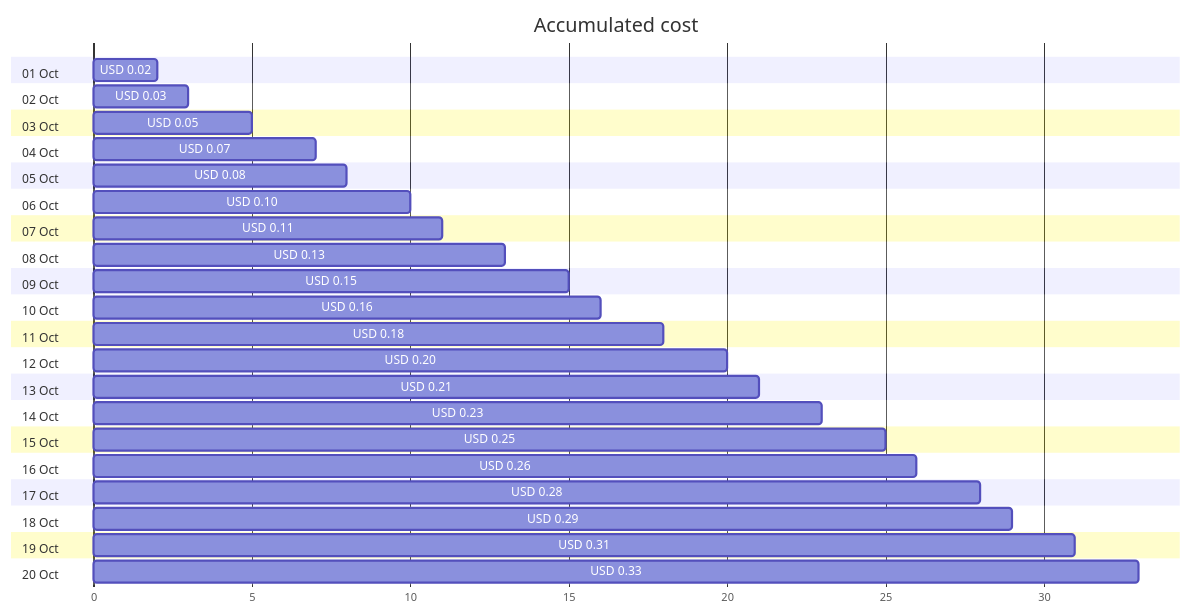
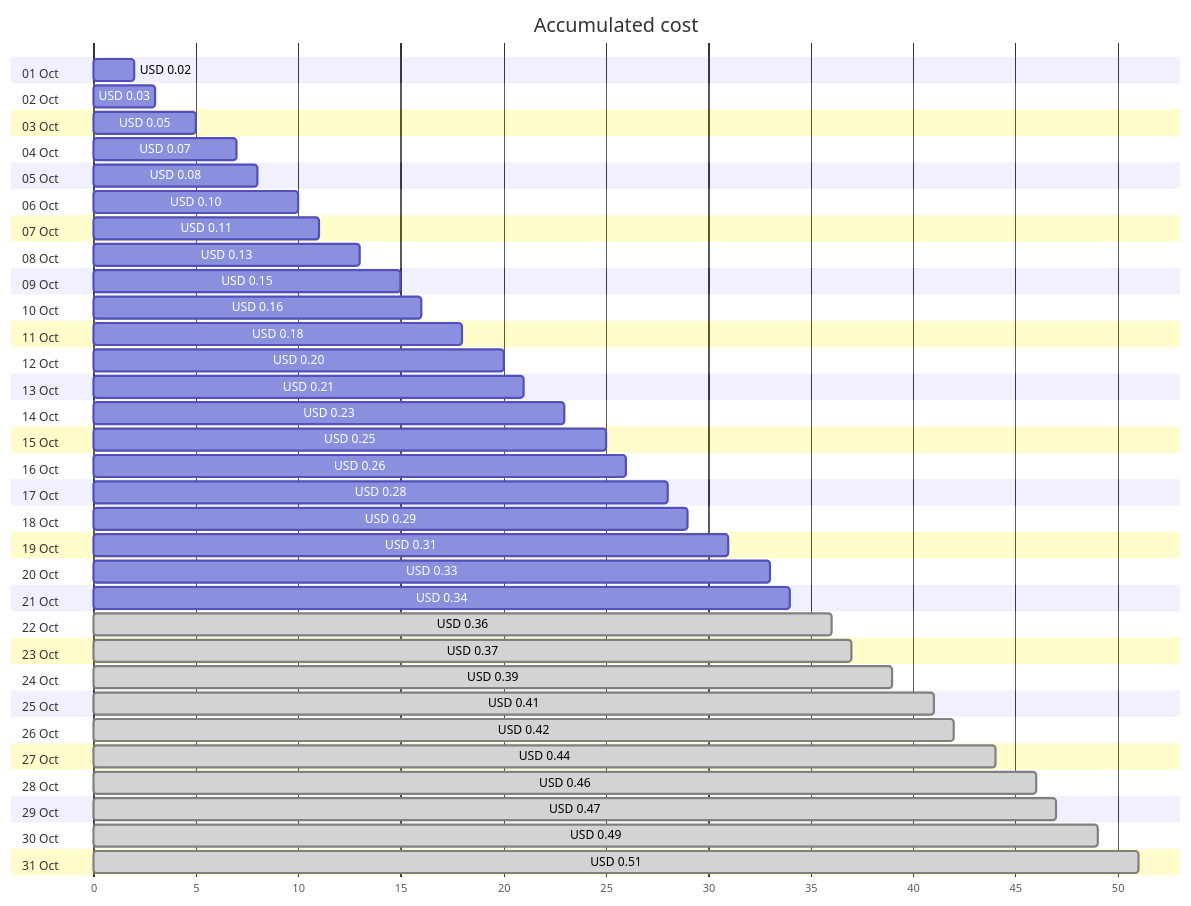
One commit to jpfulton/azure-personal-reports changed the first of 4 diagrams in cost-reports/personal-dns/jpatrickfulton.com.md. Above: the diagram before and after it, drawn with Mermaid. The commit also changed other lines of this file and 2 other files, not shown here.

Commit message:
Generated reports [skip ci]

````diff
--- a/cost-reports/personal-dns/jpatrickfulton.com.md
+++ b/cost-reports/personal-dns/jpatrickfulton.com.md
@@ -20,46 +20,68 @@
 ```mermaid
 gantt
    title Accumulated cost
    dateFormat  X
    axisFormat %s
    section 01 Oct
    USD 0.02 :0, 2
    section 02 Oct
    USD 0.03 :0, 3
    section 03 Oct
    USD 0.05 :0, 5
    section 04 Oct
    USD 0.07 :0, 7
    section 05 Oct
    USD 0.08 :0, 8
    section 06 Oct
    USD 0.10 :0, 10
    section 07 Oct
    USD 0.11 :0, 11
    section 08 Oct
    USD 0.13 :0, 13
    section 09 Oct
    USD 0.15 :0, 15
    section 10 Oct
    USD 0.16 :0, 16
    section 11 Oct
    USD 0.18 :0, 18
    section 12 Oct
    USD 0.20 :0, 20
    section 13 Oct
    USD 0.21 :0, 21
    section 14 Oct
    USD 0.23 :0, 23
    section 15 Oct
    USD 0.25 :0, 25
    section 16 Oct
    USD 0.26 :0, 26
    section 17 Oct
    USD 0.28 :0, 28
    section 18 Oct
    USD 0.29 :0, 29
    section 19 Oct
    USD 0.31 :0, 31
    section 20 Oct
    USD 0.33 :0, 33
+   section 21 Oct
+   USD 0.34 :0, 34
+   section 22 Oct
+   USD 0.36 : done, 0, 36
+   section 23 Oct
+   USD 0.37 : done, 0, 37
+   section 24 Oct
+   USD 0.39 : done, 0, 39
+   section 25 Oct
+   USD 0.41 : done, 0, 41
+   section 26 Oct
+   USD 0.42 : done, 0, 42
+   section 27 Oct
+   USD 0.44 : done, 0, 44
+   section 28 Oct
+   USD 0.46 : done, 0, 46
+   section 29 Oct
+   USD 0.47 : done, 0, 47
+   section 30 Oct
+   USD 0.49 : done, 0, 49
+   section 31 Oct
+   USD 0.51 : done, 0, 51
 ```
````
